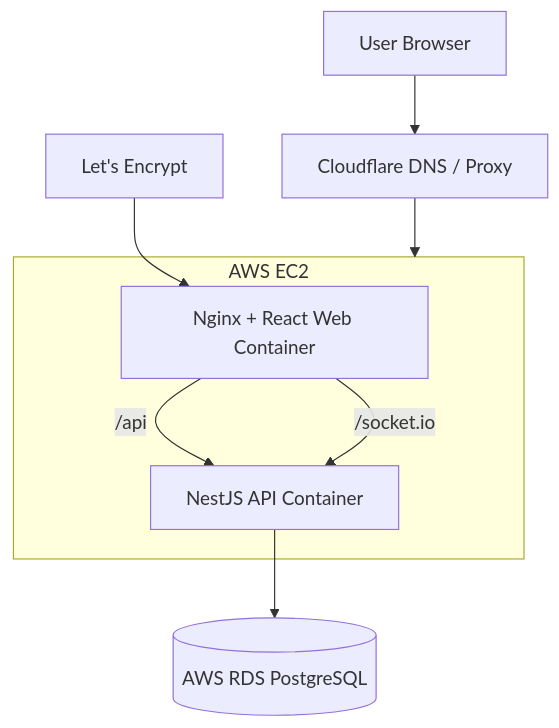
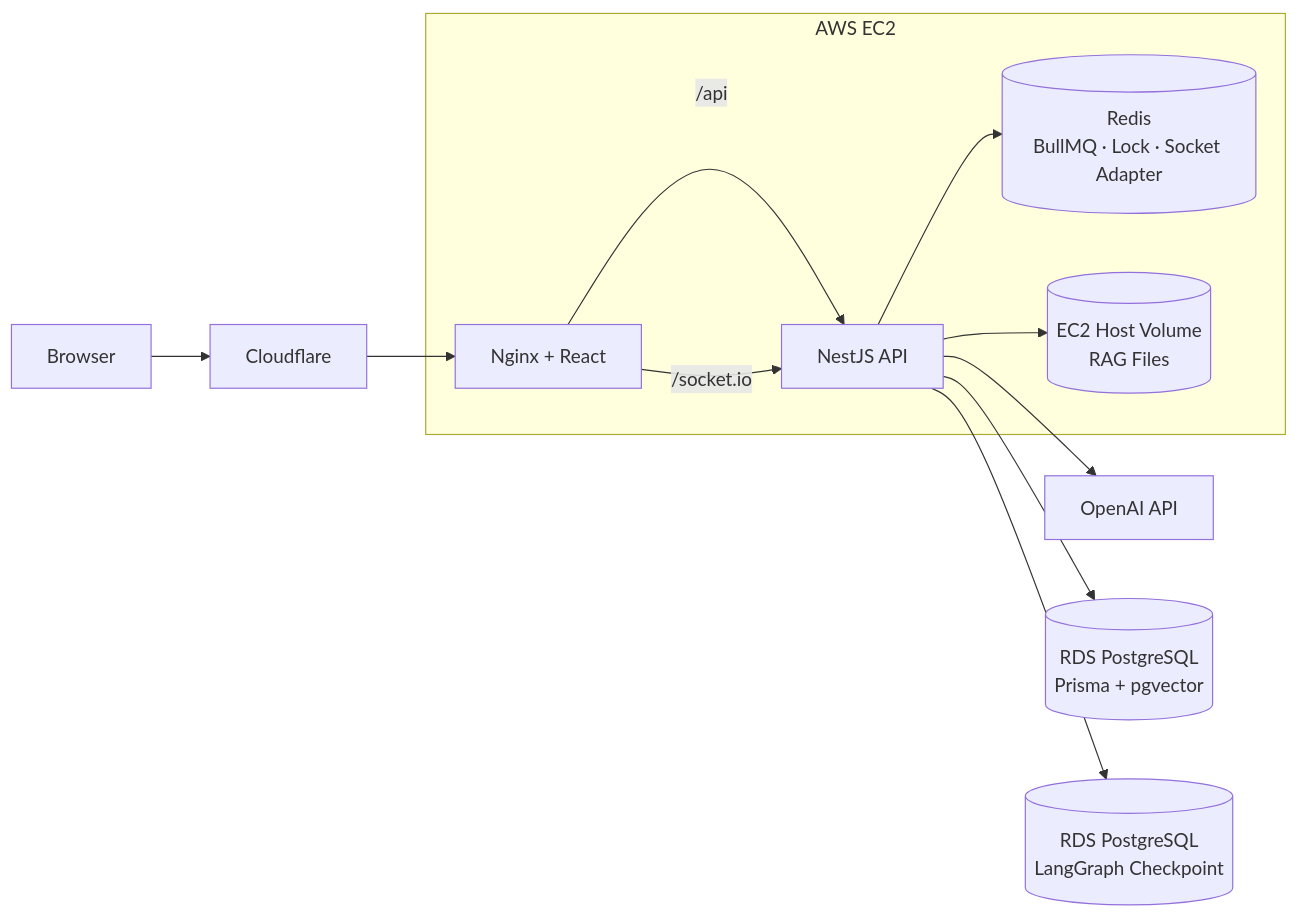
One commit to ITwoo/chat-ai-agent changed the second of 3 diagrams in README.md. Above: the diagram before and after it, drawn with Mermaid. The commit also changed other lines of this file, not shown here.

````diff
--- a/README.md
+++ b/README.md
@@ -77,16 +180,21 @@
 ```mermaid
-flowchart TD
-    User[User Browser] --> CF[Cloudflare DNS / Proxy]
-    CF --> EC2[AWS EC2]
+flowchart LR
+    USER[Browser] --> CF[Cloudflare]
+    CF --> WEB[Nginx + React]
+
+    WEB -->|/api| API[NestJS API]
+    WEB -->|/socket.io| API
+
+    API --> OPENAI[OpenAI API]
+    API --> APPDB[(RDS PostgreSQL<br/>Prisma + pgvector)]
+    API --> GRAPHDB[(RDS PostgreSQL<br/>LangGraph Checkpoint)]
+    API --> REDIS[(Redis<br/>BullMQ · Lock · Socket Adapter)]
+    API --> FILES[(EC2 Host Volume<br/>RAG Files)]
 
     subgraph EC2[AWS EC2]
-        WEB[Nginx + React Web Container]
-        API[NestJS API Container]
+        WEB
+        API
+        REDIS
+        FILES
     end
-
-    WEB -->|/api| API
-    WEB -->|/socket.io| API
-    API --> RDS[(AWS RDS PostgreSQL)]
-
-    LE[Let's Encrypt] --> WEB
 ```
````
